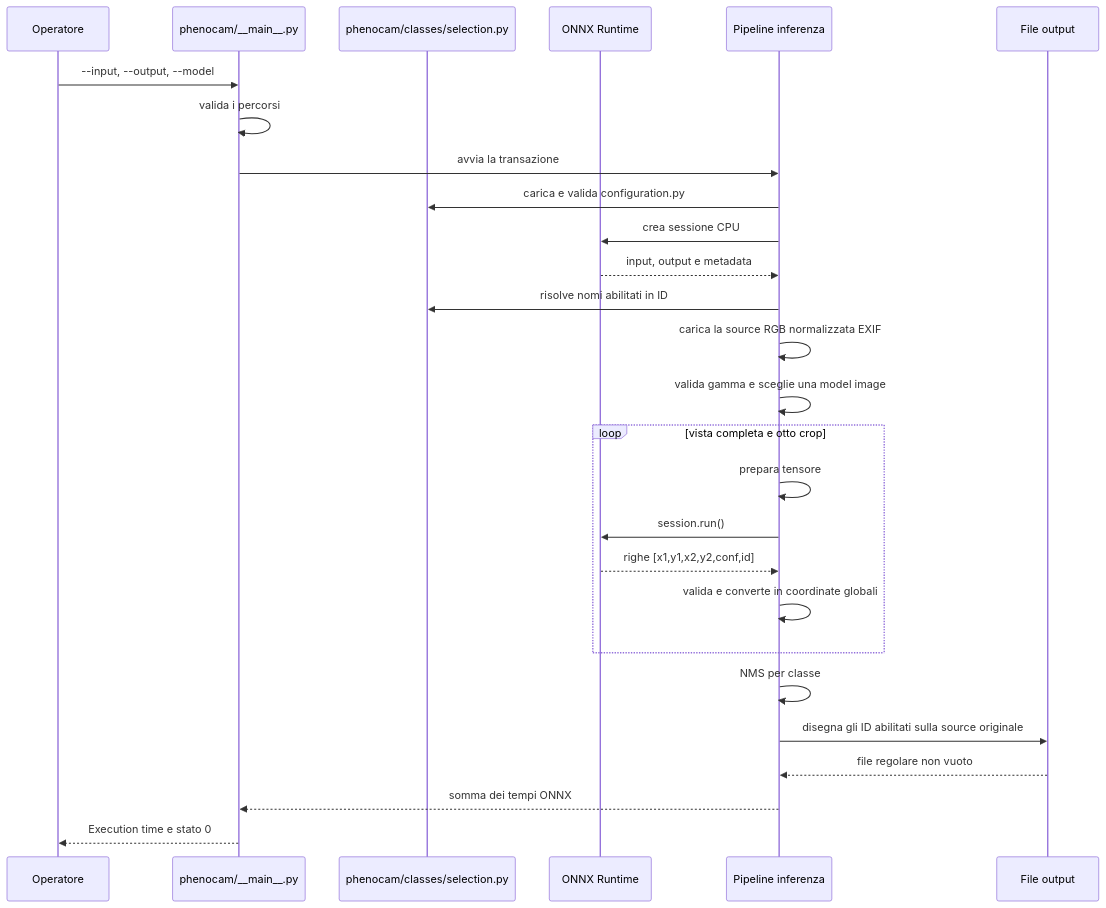
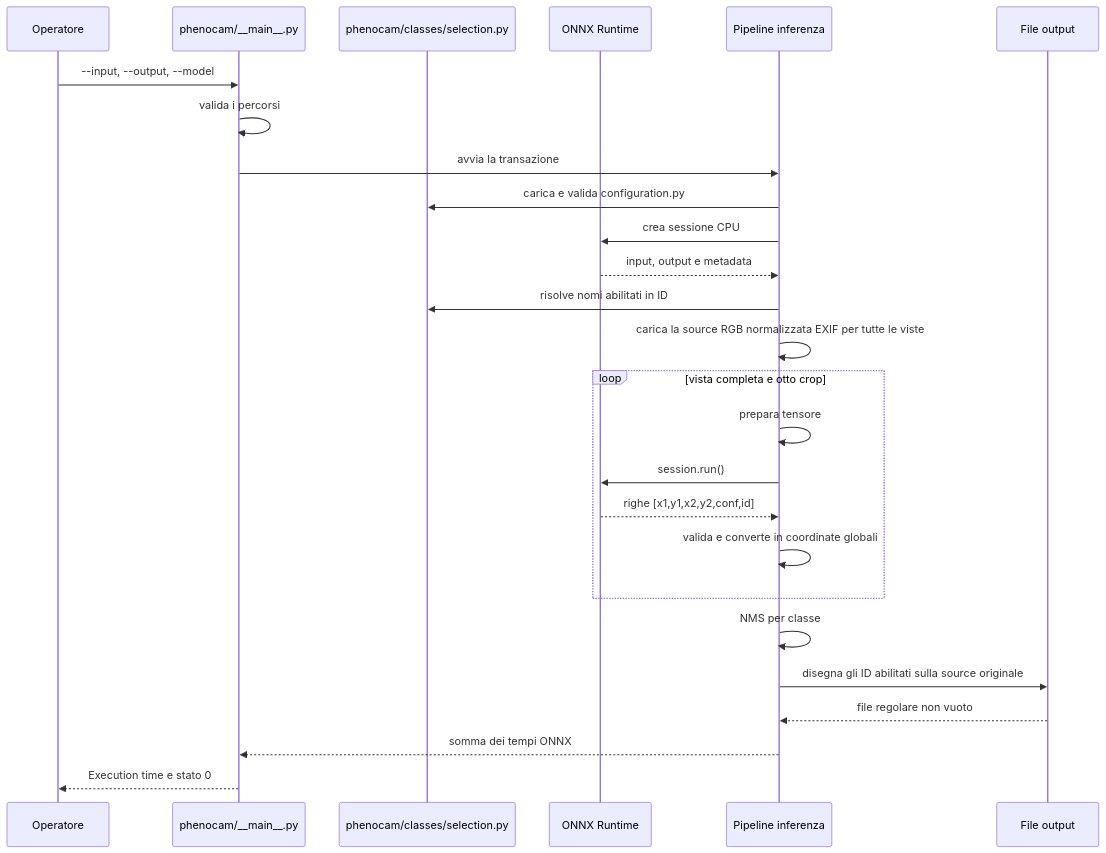
Before and after one commit to e-tufarini-terrasystem/phenocam-vision-edge: the second of 2 diagrams in docs/architettura.md, drawn with Mermaid. The commit also changed other lines of this file and 1 other file, not shown here.

Commit message:
docs: align inference architecture with source flow

````diff
--- a/docs/architettura.md
+++ b/docs/architettura.md
@@ -59,30 +57,29 @@
 ```mermaid
 sequenceDiagram
     participant U as Operatore
     participant R as phenocam/__main__.py
     participant S as phenocam/classes/selection.py
     participant O as ONNX Runtime
     participant P as Pipeline inferenza
     participant F as File output
 
     U->>R: --input, --output, --model
     R->>R: valida i percorsi
     R->>P: avvia la transazione
     P->>S: carica e valida configuration.py
     P->>O: crea sessione CPU
     O-->>P: input, output e metadata
     P->>S: risolve nomi abilitati in ID
-    P->>P: carica la source RGB normalizzata EXIF
-    P->>P: valida gamma e sceglie una model image
+    P->>P: carica la source RGB normalizzata EXIF per tutte le viste
     loop vista completa e otto crop
         P->>P: prepara tensore
         P->>O: session.run()
         O-->>P: righe [x1,y1,x2,y2,conf,id]
         P->>P: valida e converte in coordinate globali
     end
     P->>P: NMS per classe
     P->>F: disegna gli ID abilitati sulla source originale
     F-->>P: file regolare non vuoto
     P-->>R: somma dei tempi ONNX
     R-->>U: Execution time e stato 0
 ```
````
